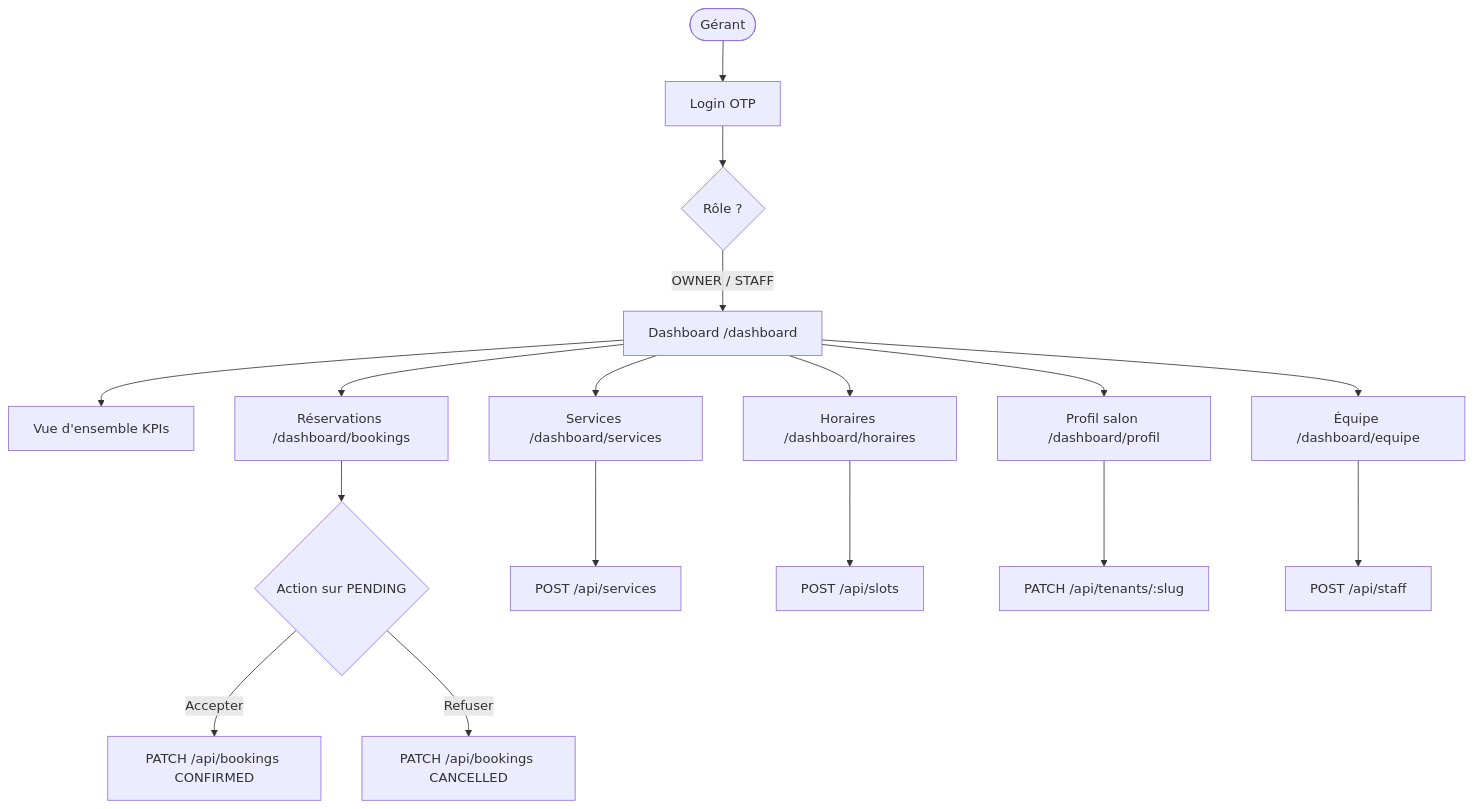
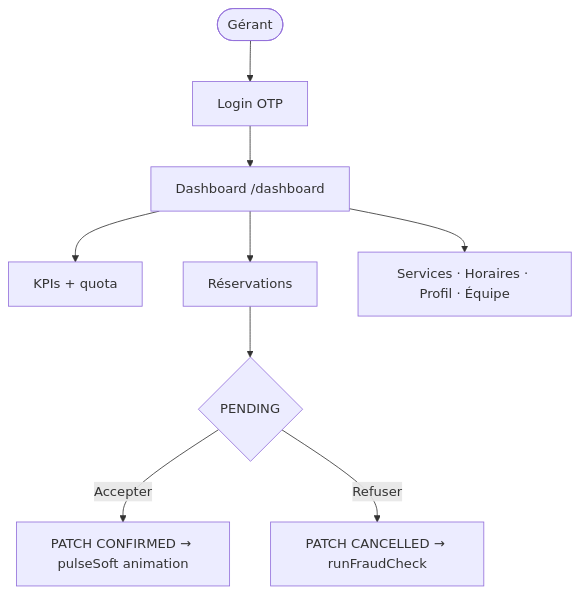
Before and after one commit to Ahmesgroup/belo: the seventh of 9 diagrams in DOCUMENTATION.md, drawn with Mermaid. The commit also changed other lines of this file, not shown here.

Commit message:
docs: full documentation update — event system, fraud engine V2, admin panel, notifications, EventLog, domain events

````diff
--- a/DOCUMENTATION.md
+++ b/DOCUMENTATION.md
@@ -444,19 +737,11 @@
 ```mermaid
 flowchart TD
     A([Gérant]) --> B[Login OTP]
-    B --> C{Rôle ?}
-    C -- OWNER / STAFF --> D[Dashboard /dashboard]
-    D --> E[Vue d'ensemble KPIs]
-    D --> F[Réservations /dashboard/bookings]
-    F --> G{Action sur PENDING}
-    G -- Accepter --> H[PATCH /api/bookings CONFIRMED]
-    G -- Refuser --> I[PATCH /api/bookings CANCELLED]
-    D --> J[Services /dashboard/services]
-    J --> K[POST /api/services]
-    D --> L[Horaires /dashboard/horaires]
-    L --> M[POST /api/slots]
-    D --> N[Profil salon /dashboard/profil]
-    N --> O[PATCH /api/tenants/:slug]
-    D --> P[Équipe /dashboard/equipe]
-    P --> Q[POST /api/staff]
+    B --> C[Dashboard /dashboard]
+    C --> D[KPIs + quota]
+    C --> E[Réservations]
+    E --> F{PENDING}
+    F -- Accepter --> G[PATCH CONFIRMED → pulseSoft animation]
+    F -- Refuser --> H[PATCH CANCELLED → runFraudCheck]
+    C --> I[Services · Horaires · Profil · Équipe]
 ```
````
